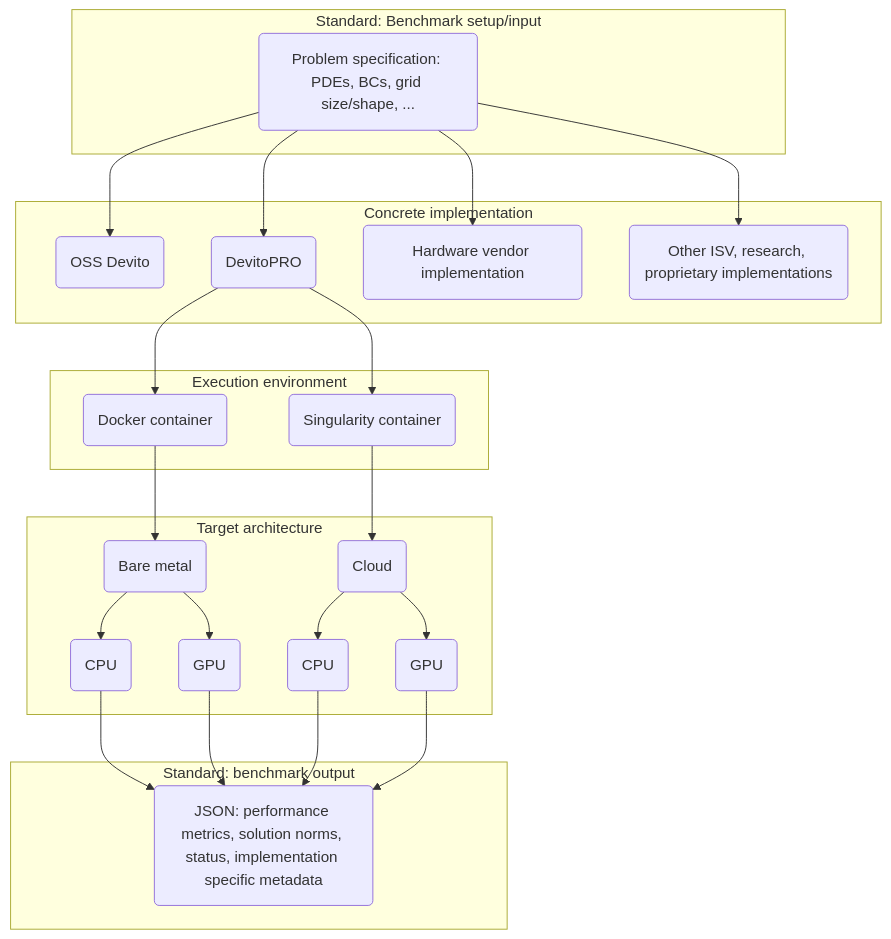
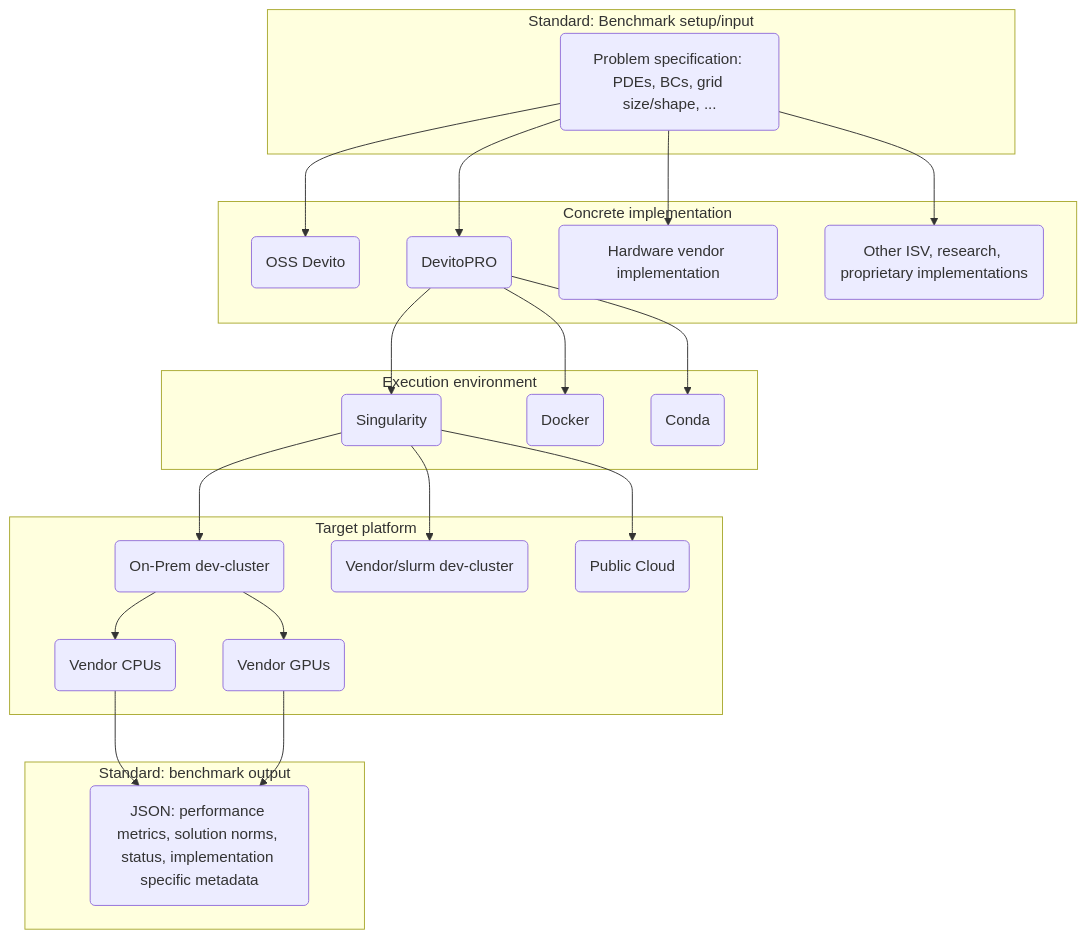
One commit to devitocodespro/-devitocodespro.github.io changed the first of 2 diagrams in _posts/2023-02-26-benchmarking.md. Above: the diagram before and after it, drawn with Mermaid. The commit also changed other lines of this file and 1 other file, not shown here.

```diff
--- a/_posts/2023-02-26-benchmarking.md
+++ b/_posts/2023-02-26-benchmarking.md
@@ -94,31 +98,29 @@
 <div class="mermaid">
   graph TB
     subgraph Standard: Benchmark setup/input
     A(Problem specification: PDEs, BCs, grid size/shape, ...) 
     end
     subgraph Concrete implementation 
     A-->B1(OSS Devito)
     A-->B2(DevitoPRO)
     A-->B3(Hardware vendor implementation)
     A-->B4(Other ISV, research, proprietary implementations)
     end
     subgraph Execution environment
-    B2-->C1(Docker container)
-    B2-->C2(Singularity container)
+    B2-->C1(Singularity)
+    B2-->C2(Docker)
+    B2-->C3(Conda)
     end
-    subgraph Target architecture
-    C1-->D1(Bare metal)
-    C2-->D2(Cloud)
-    D1-->E1(CPU)
-    D1-->E2(GPU)
-    D2-->E3(CPU)
-    D2-->E4(GPU)
+    subgraph Target platform
+    C1-->D1(On-Prem dev-cluster)
+    C1-->D2(Vendor/slurm dev-cluster)
+    C1-->D3(Public Cloud)
+    D1-->E1(Vendor CPUs)
+    D1-->E2(Vendor GPUs)
     end
     subgraph Standard: benchmark output
     F(JSON: performance metrics, solution norms, status, implementation specific metadata)
     E1-->F
     E2-->F
-    E3-->F
-    E4-->F
     end;
 </div>
```
